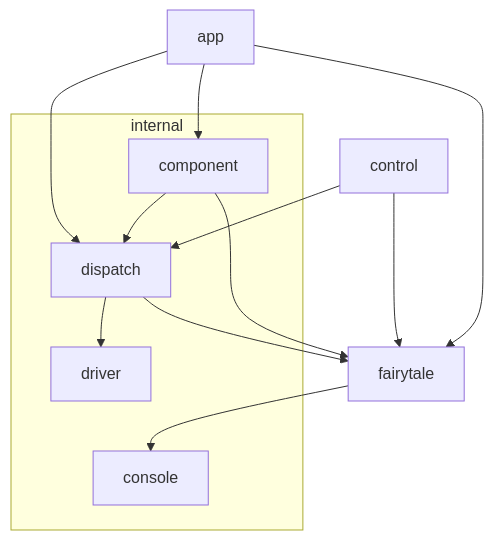
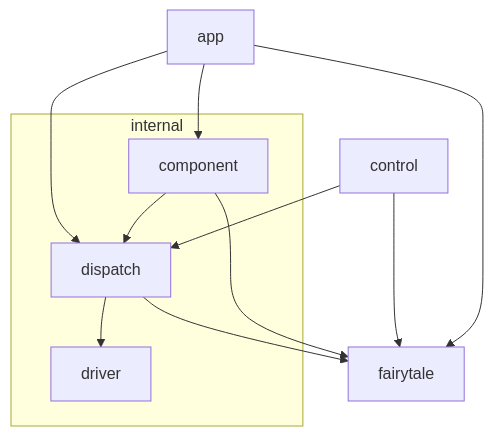
Before and after one commit to macabot/fairytale: the diagram in README.md, drawn with Mermaid. The commit also changed 4 other files, not shown here.

````diff
--- a/README.md
+++ b/README.md
@@ -20,26 +20,23 @@
 ```mermaid
 flowchart TD
 
 subgraph internal
     dispatch
     component
-    console
     driver
 end
 
 
 app --> dispatch
 app --> component
 app --> fairytale
 
 dispatch --> driver
 dispatch --> fairytale
 
 component --> dispatch
 component --> fairytale
 
 control --> fairytale
 control --> dispatch
-
-fairytale --> console
 ```
````
